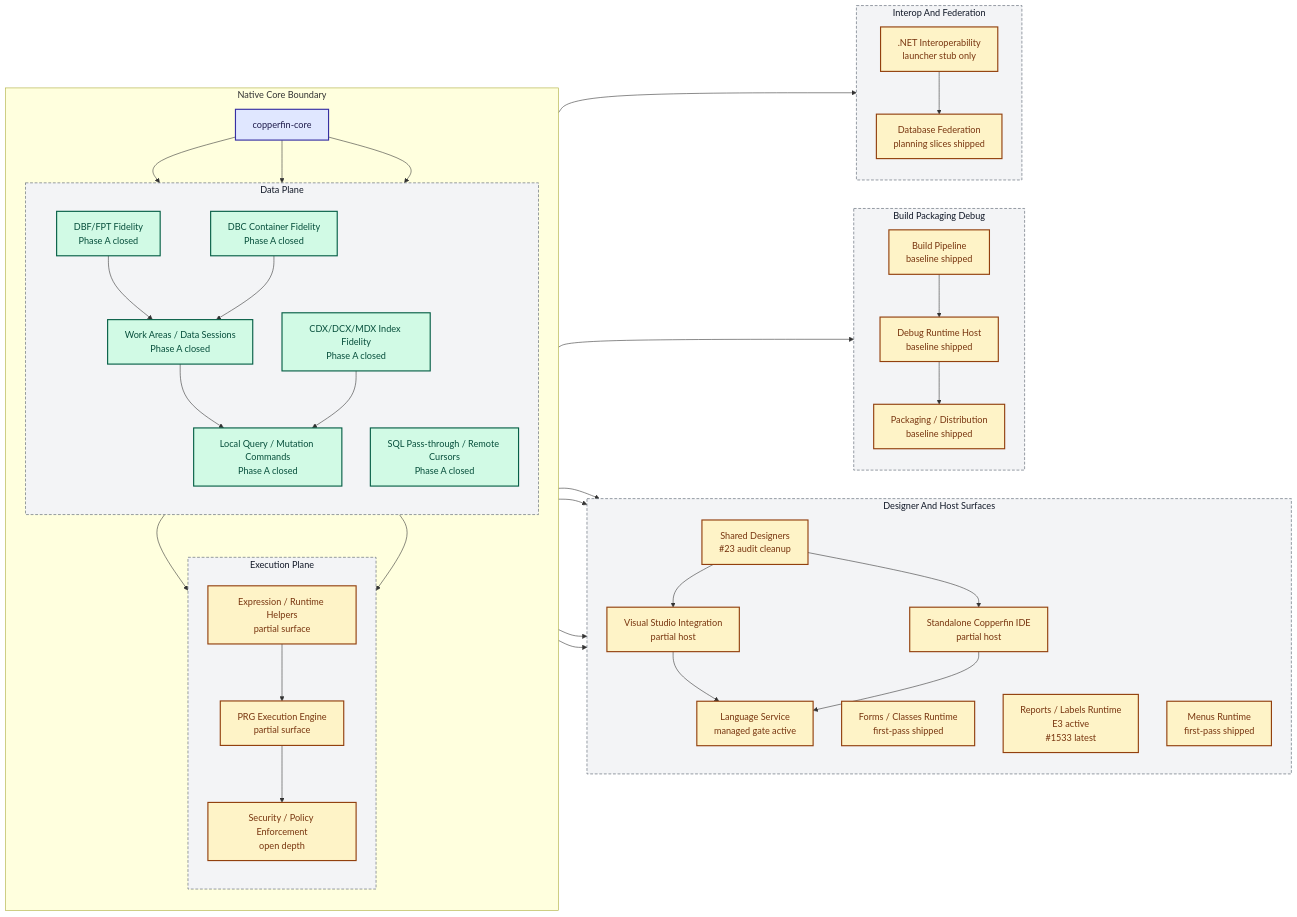
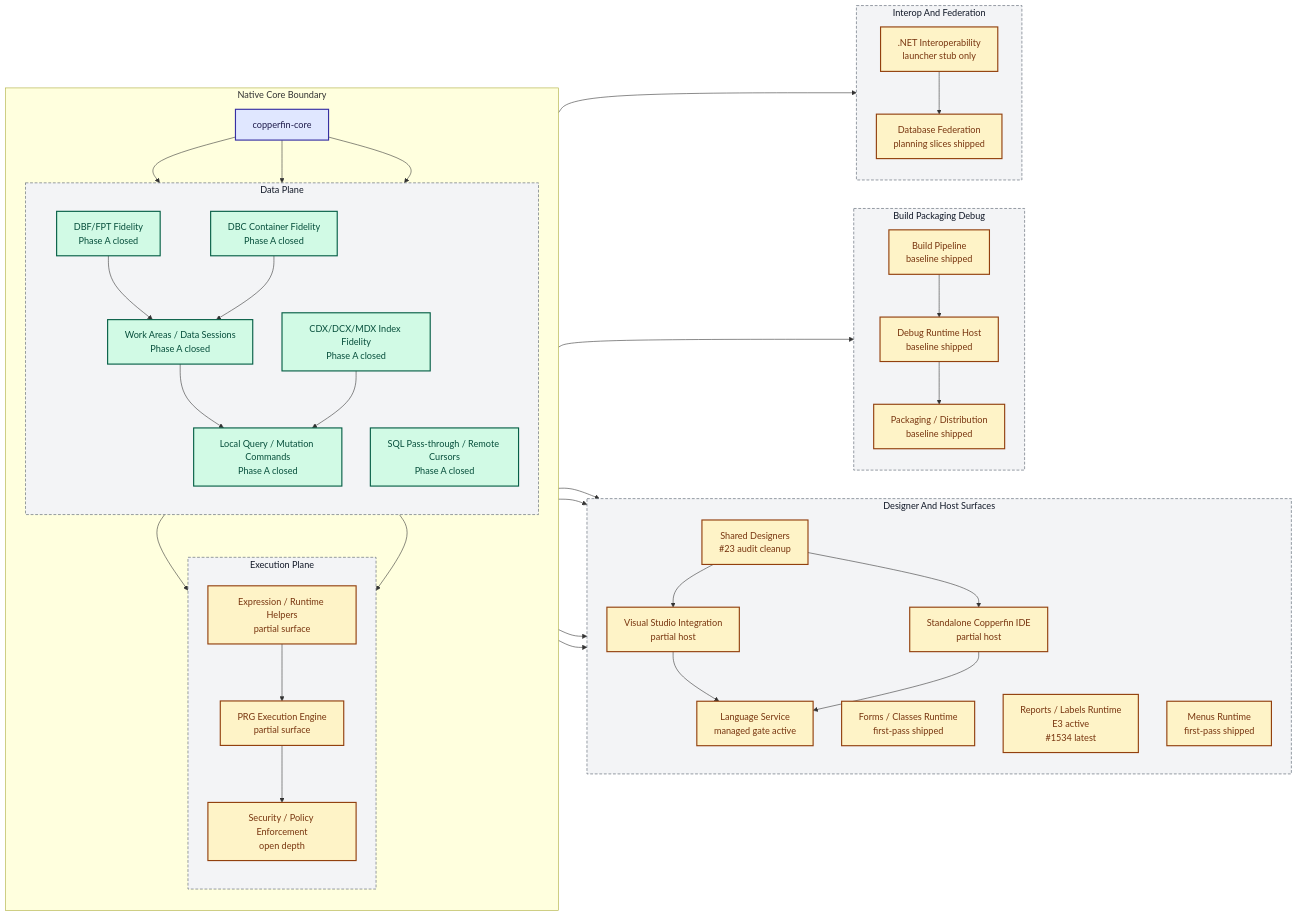
Before and after one commit to rhamenator/Project-Copperfin: the diagram in docs/02-architecture.md, drawn with Mermaid. The commit also changed 7 other files, not shown here.

```diff
--- a/docs/02-architecture.md
+++ b/docs/02-architecture.md
@@ -36,7 +36,7 @@
         direction TB
         DES["Shared Designers<br/>#23 audit cleanup"]
         FORMS["Forms / Classes Runtime<br/>first-pass shipped"]
-        RPT["Reports / Labels Runtime<br/>E3 active<br/>#1533 latest"]
+        RPT["Reports / Labels Runtime<br/>E3 active<br/>#1534 latest"]
         MENU["Menus Runtime<br/>first-pass shipped"]
         VS["Visual Studio Integration<br/>partial host"]
         IDE["Standalone Copperfin IDE<br/>partial host"]
```
